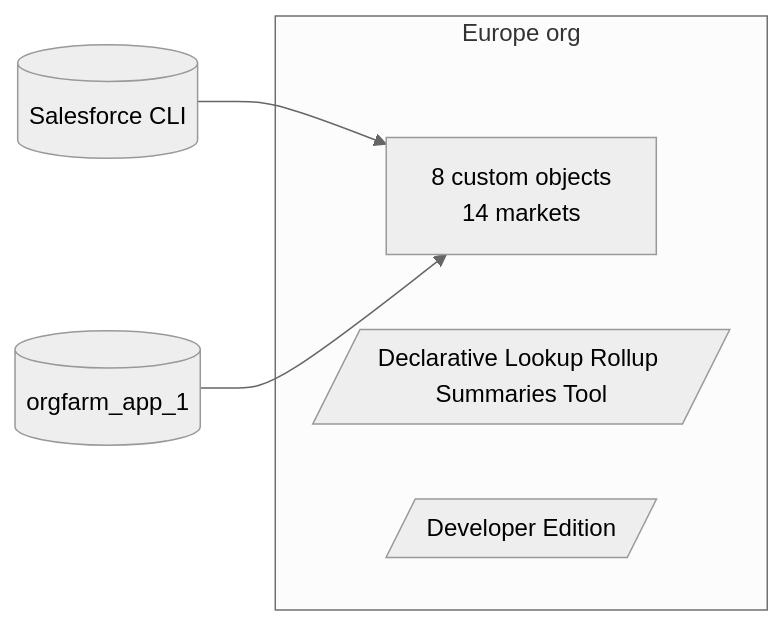
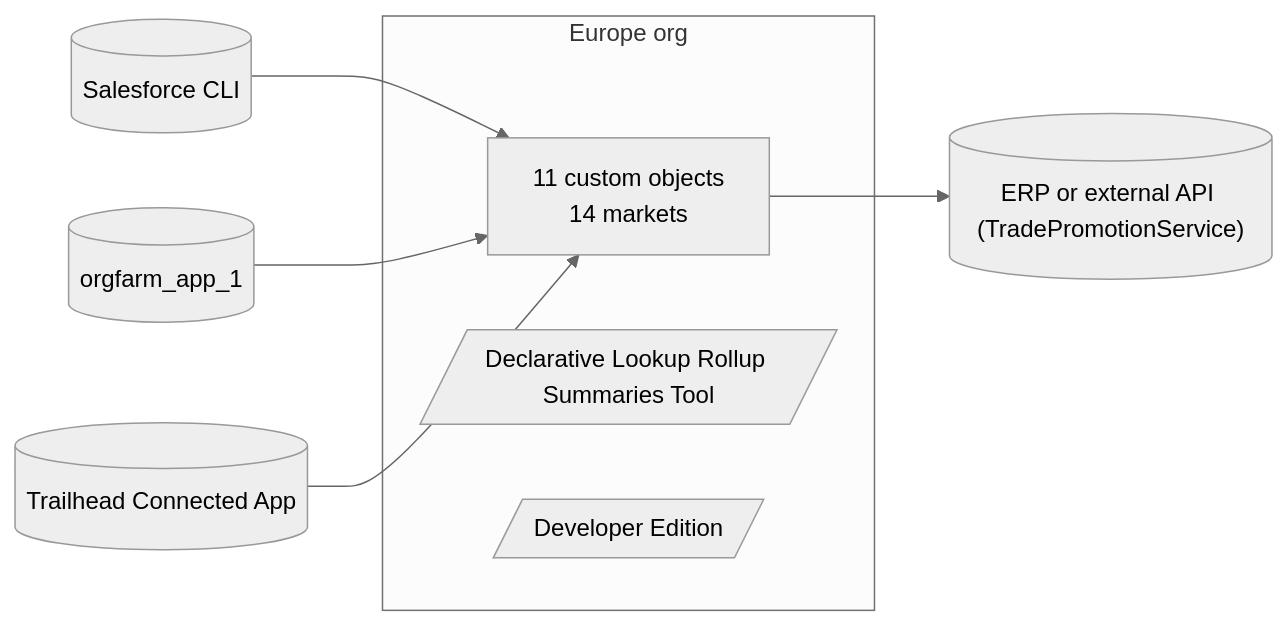
One commit to himantgupta-alt/crm-genie changed the first of 15 diagrams in adlc/1-discover/assessment/discovery-report.md. Above: the diagram before and after it, drawn with Mermaid (neutral theme). The commit also changed other lines of this file and 21 other files, not shown here.

````diff
--- a/adlc/1-discover/assessment/discovery-report.md
+++ b/adlc/1-discover/assessment/discovery-report.md
@@ -38,12 +39,16 @@
 ```mermaid
 flowchart LR
   subgraph org_eug["Europe org"]
-    org_eu["8 custom objects<br/>14 markets"]
+    org_eu["11 custom objects<br/>14 markets"]
     org_eu_p_dlrs[/"Declarative Lookup Rollup Summaries Tool"/]
     org_eu_p_devedapp[/"Developer Edition"/]
   end
-  ext0[("Salesforce CLI")]
-  ext0 --> org_eu
-  ext1[("orgfarm_app_1")]
+  ext0[("ERP or external API (TradePromotionService)")]
+  org_eu --> ext0
+  ext1[("Salesforce CLI")]
   ext1 --> org_eu
+  ext2[("orgfarm_app_1")]
+  ext2 --> org_eu
+  ext3[("Trailhead Connected App")]
+  ext3 --> org_eu
 ```
````
